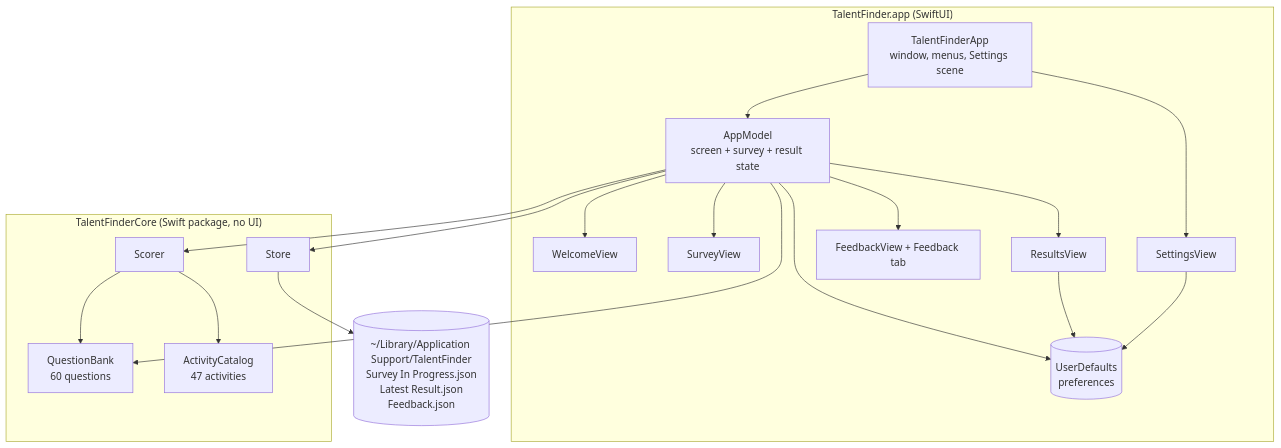
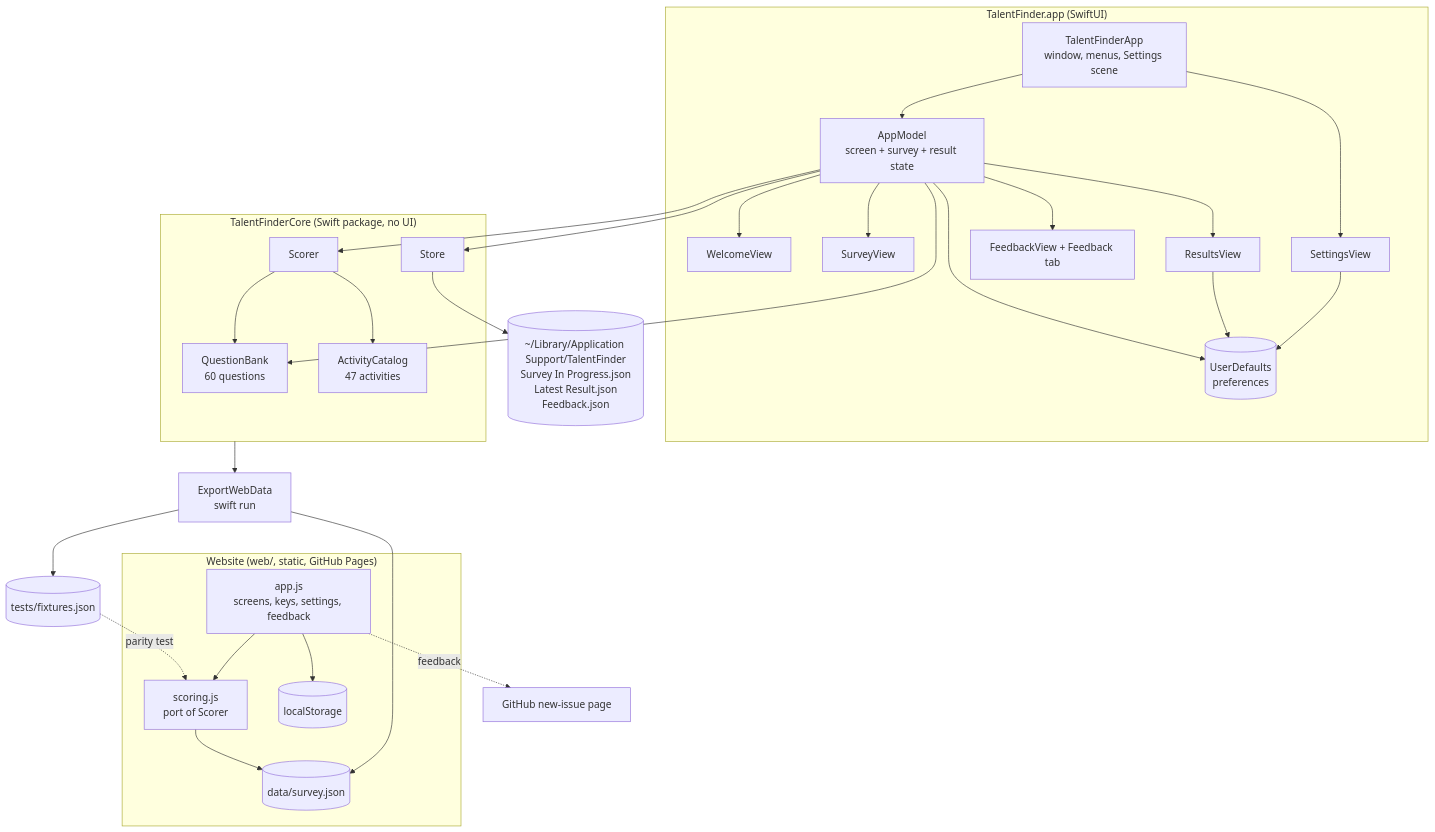
One commit to amalmehta/TalentFinder changed the diagram in docs/SYSTEM-DESIGN.md. Above: the diagram before and after it, drawn with Mermaid. The commit also changed other lines of this file and 20 other files, not shown here.

Commit message:
Add the TalentFinder website: static site, JSON exported from Swift, parity tests, Pages deploy

````diff
--- a/docs/SYSTEM-DESIGN.md
+++ b/docs/SYSTEM-DESIGN.md
@@ -7,30 +7,44 @@
 ```mermaid
 flowchart TB
     subgraph App["TalentFinder.app (SwiftUI)"]
         TA[TalentFinderApp<br/>window, menus, Settings scene]
         AM[AppModel<br/>screen + survey + result state]
         V1[WelcomeView]
         V2[SurveyView]
         V3[ResultsView]
         V4[SettingsView]
         V5[FeedbackView + Feedback tab]
         UD[(UserDefaults<br/>preferences)]
     end
     subgraph Core["TalentFinderCore (Swift package, no UI)"]
         QB[QuestionBank<br/>60 questions]
         AC[ActivityCatalog<br/>47 activities]
         SC[Scorer]
         ST[Store]
     end
     FS[("~/Library/Application Support/TalentFinder<br/>Survey In Progress.json<br/>Latest Result.json<br/>Feedback.json")]
 
     TA --> AM
     AM --> V1 & V2 & V3
     TA --> V4
     AM --> V5
     V4 & V3 & AM --> UD
     AM --> QB
     AM --> SC
     SC --> QB & AC
     AM --> ST --> FS
+
+    subgraph Web["Website (web/, static, GitHub Pages)"]
+        JA[app.js<br/>screens, keys, settings, feedback]
+        JS[scoring.js<br/>port of Scorer]
+        SJ[(data/survey.json)]
+        LS[(localStorage)]
+    end
+    EX[ExportWebData<br/>swift run] --> SJ
+    EX --> FX[(tests/fixtures.json)]
+    Core --> EX
+    JA --> JS --> SJ
+    JA --> LS
+    JA -. feedback .-> GH[GitHub new-issue page]
+    FX -. parity test .-> JS
 ```
````
